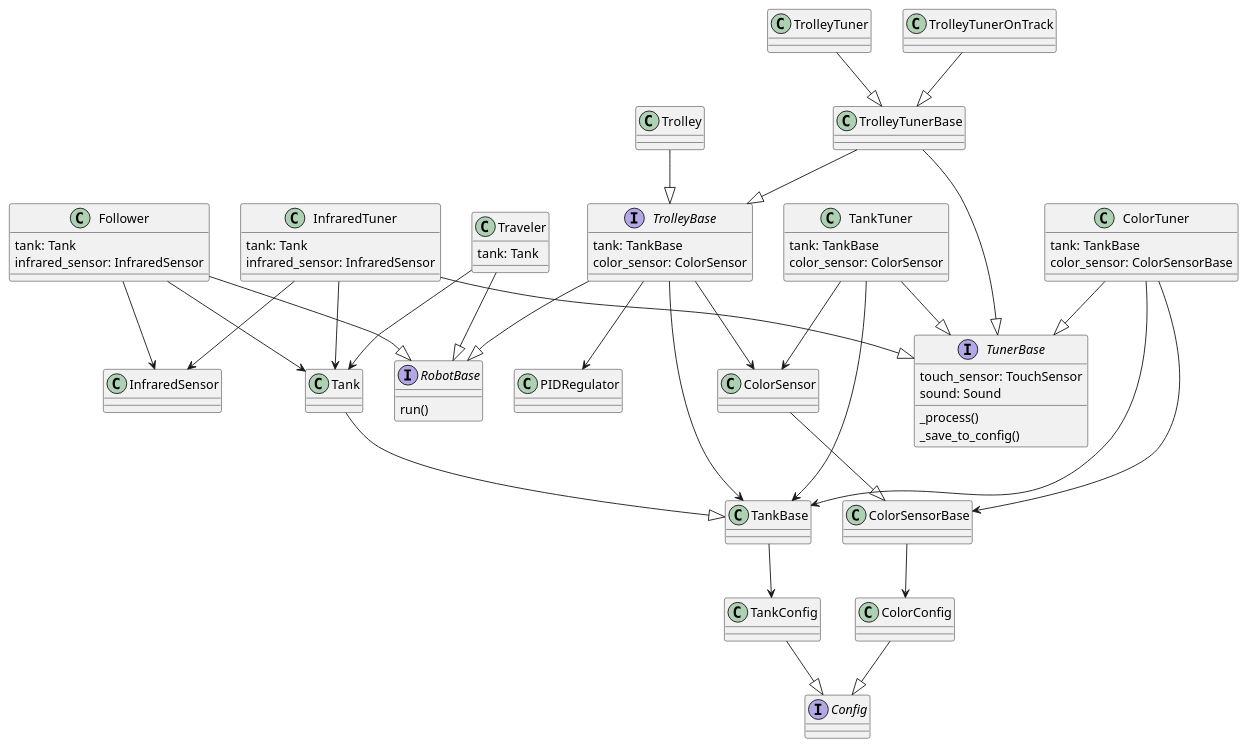
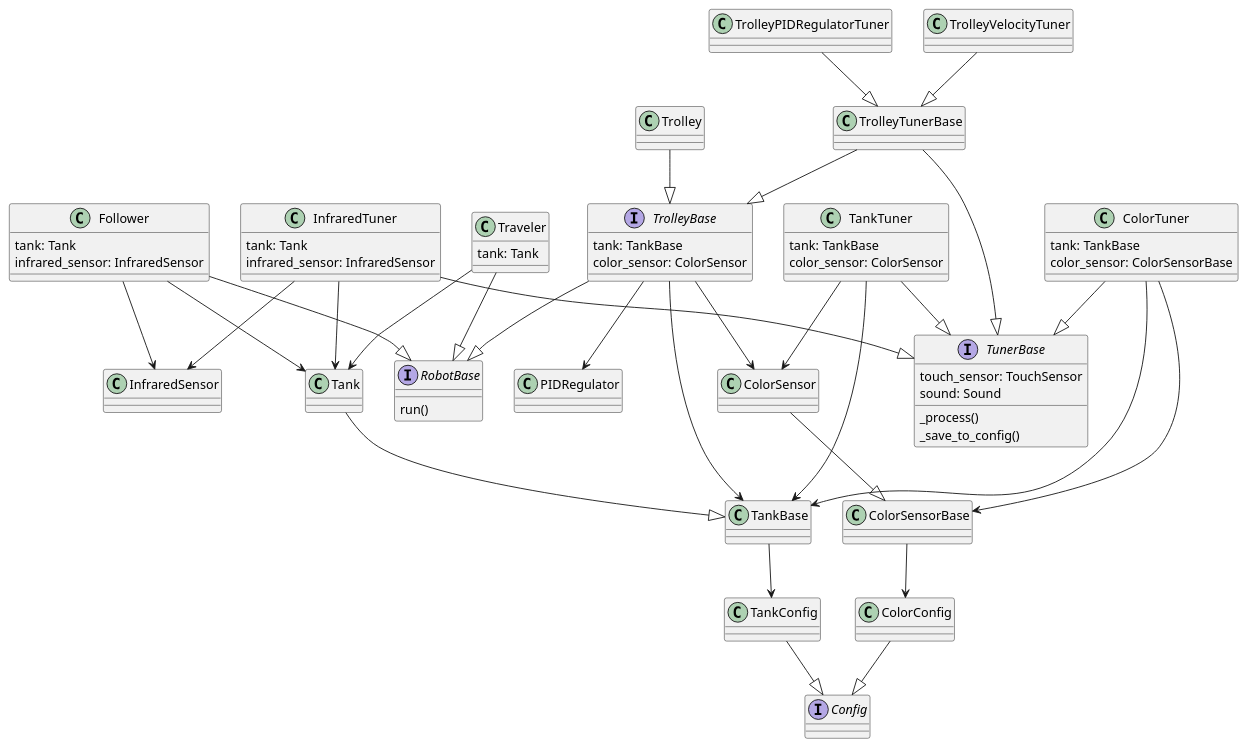
One commit to sirejik/eva changed the diagram in diagrams/class_diagram.puml. Above: the diagram before and after it, drawn with PlantUML. The commit also changed 8 other files, not shown here.

```diff
--- a/diagrams/class_diagram.puml
+++ b/diagrams/class_diagram.puml
@@ -1,111 +1,111 @@
 @startuml
 
 interface Config {
 }
 
 class TankConfig {
 }
 TankConfig --|> Config
 
 class ColorConfig {
 }
 ColorConfig --|> Config
 
 class PIDRegulator {
 }
 
 class ColorSensorBase {
 }
 ColorSensorBase --> ColorConfig
 
 class ColorSensor {
 }
 ColorSensor --|> ColorSensorBase
 
 class InfraredSensor {
 }
 
 class TankBase {
 }
 TankBase --> TankConfig
 
 class Tank {
 }
 Tank --|> TankBase
 
 interface RobotBase {
     run()
 }
 
 interface TrolleyBase {
         tank: TankBase
         color_sensor: ColorSensor
 }
 TrolleyBase --|> RobotBase
 TrolleyBase --> TankBase
 TrolleyBase --> ColorSensor
 TrolleyBase --> PIDRegulator
 
 class Follower {
         tank: Tank
         infrared_sensor: InfraredSensor
 }
 Follower --|> RobotBase
 Follower --> Tank
 Follower --> InfraredSensor
 
 class Traveler {
         tank: Tank
 }
 Traveler --|> RobotBase
 Traveler --> Tank
 
 class Trolley {
 }
 Trolley --|> TrolleyBase
 
 interface TunerBase {
         touch_sensor: TouchSensor
         sound: Sound
         _process()
         _save_to_config()
 }
 
 class ColorTuner {
         tank: TankBase
         color_sensor: ColorSensorBase
 }
 ColorTuner --|> TunerBase
 ColorTuner --> TankBase
 ColorTuner --> ColorSensorBase
 
 class InfraredTuner {
         tank: Tank
         infrared_sensor: InfraredSensor
 }
 InfraredTuner --|> TunerBase
 InfraredTuner --> Tank
 InfraredTuner --> InfraredSensor
 
 class TankTuner {
         tank: TankBase
         color_sensor: ColorSensor
 }
 TankTuner --|> TunerBase
 TankTuner --> TankBase
 TankTuner --> ColorSensor
 
 class TrolleyTunerBase {
 }
 TrolleyTunerBase --|> TrolleyBase
 TrolleyTunerBase --|> TunerBase
 
-class TrolleyTuner {
+class TrolleyPIDRegulatorTuner {
 }
-TrolleyTuner --|> TrolleyTunerBase
+TrolleyPIDRegulatorTuner --|> TrolleyTunerBase
 
-class TrolleyTunerOnTrack {
+class TrolleyVelocityTuner {
 }
-TrolleyTunerOnTrack --|> TrolleyTunerBase
+TrolleyVelocityTuner --|> TrolleyTunerBase
 
 @enduml
```
